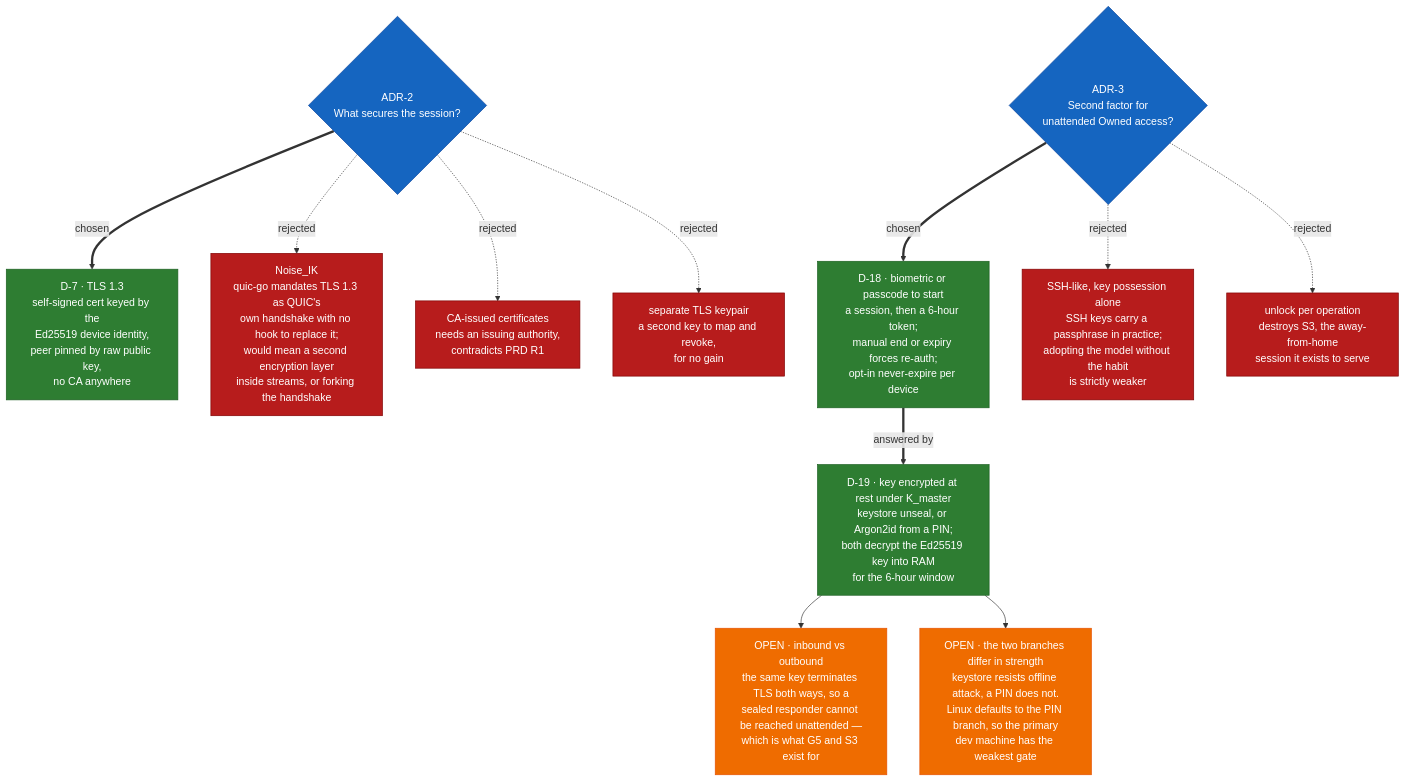
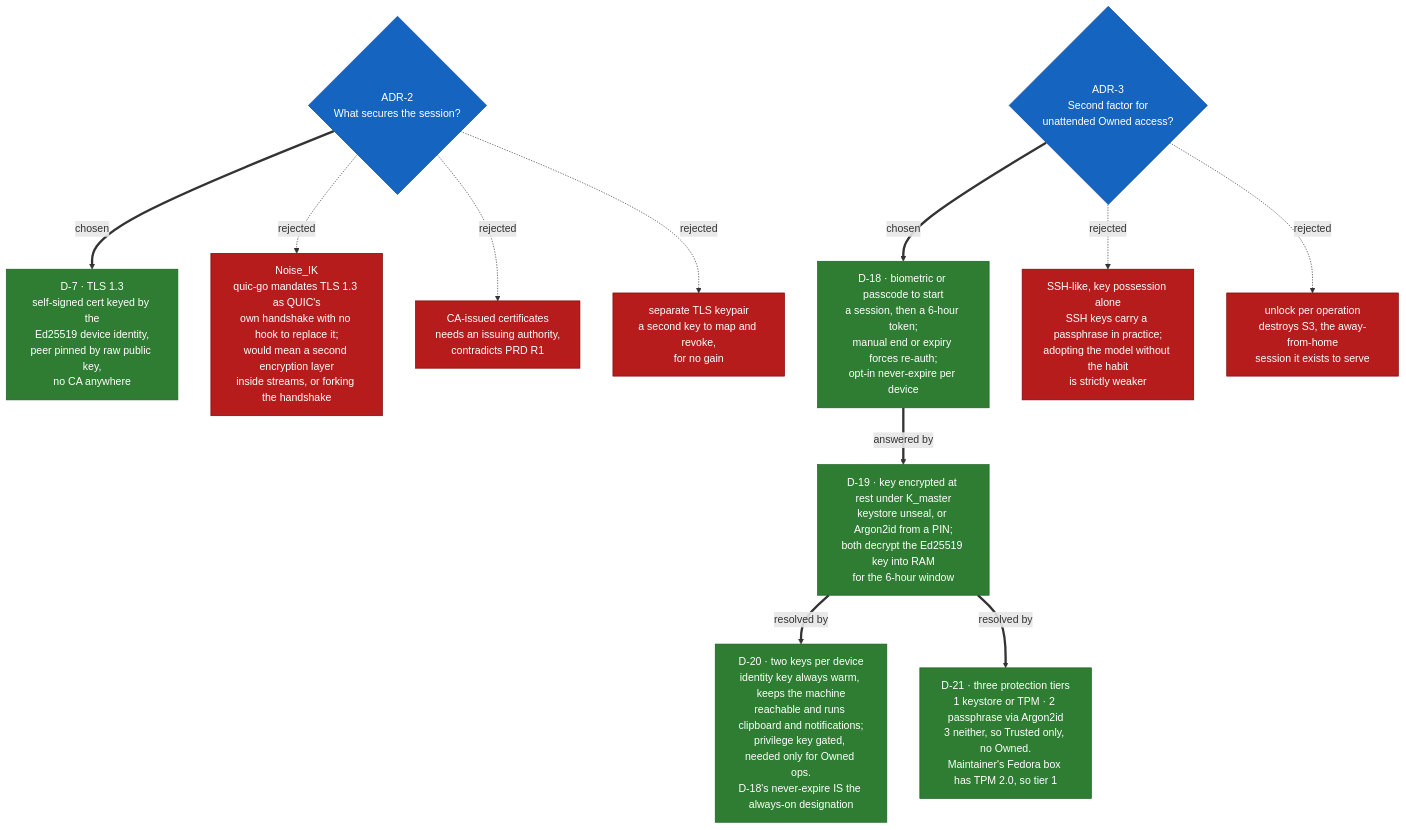
The second of 4 diagrams in docs/decision-tree.md (shreyashsri79/OpenAir), drawn with Mermaid before and after one commit. The commit also changed other lines of this file and 1 other file, not shown here.

````diff
--- a/docs/decision-tree.md
+++ b/docs/decision-tree.md
@@ -66,21 +68,21 @@
 ```mermaid
 flowchart TD
     Q3{"ADR-2<br/>What secures the session?"}:::question
     Q3 ==chosen==> D7["D-7 · TLS 1.3<br/>self-signed cert keyed by the<br/>Ed25519 device identity,<br/>peer pinned by raw public key,<br/>no CA anywhere"]:::accepted
     Q3 -.rejected.-> R3A["Noise_IK<br/>quic-go mandates TLS 1.3 as QUIC's<br/>own handshake with no hook to replace it;<br/>would mean a second encryption layer<br/>inside streams, or forking the handshake"]:::rejected
     Q3 -.rejected.-> R3B["CA-issued certificates<br/>needs an issuing authority,<br/>contradicts PRD R1"]:::rejected
     Q3 -.rejected.-> R3C["separate TLS keypair<br/>a second key to map and revoke,<br/>for no gain"]:::rejected
 
     Q4{"ADR-3<br/>Second factor for<br/>unattended Owned access?"}:::question
     Q4 ==chosen==> D18["D-18 · biometric or passcode to start<br/>a session, then a 6-hour token;<br/>manual end or expiry forces re-auth;<br/>opt-in never-expire per device"]:::accepted
     D18 ==answered by==> D19["D-19 · key encrypted at rest under K_master<br/>keystore unseal, or Argon2id from a PIN;<br/>both decrypt the Ed25519 key into RAM<br/>for the 6-hour window"]:::accepted
-    D19 --> IO["OPEN · inbound vs outbound<br/>the same key terminates TLS both ways, so a<br/>sealed responder cannot be reached unattended —<br/>which is what G5 and S3 exist for"]:::open
-    D19 --> LNX["OPEN · the two branches differ in strength<br/>keystore resists offline attack, a PIN does not.<br/>Linux defaults to the PIN branch, so the primary<br/>dev machine has the weakest gate"]:::open
+    D19 ==resolved by==> D20["D-20 · two keys per device<br/>identity key always warm, keeps the machine<br/>reachable and runs clipboard and notifications;<br/>privilege key gated, needed only for Owned ops.<br/>D-18's never-expire IS the always-on designation"]:::accepted
+    D19 ==resolved by==> D21["D-21 · three protection tiers<br/>1 keystore or TPM · 2 passphrase via Argon2id<br/>3 neither, so Trusted only, no Owned.<br/>Maintainer's Fedora box has TPM 2.0, so tier 1"]:::accepted
     Q4 -.rejected.-> R4A["SSH-like, key possession alone<br/>SSH keys carry a passphrase in practice;<br/>adopting the model without the habit<br/>is strictly weaker"]:::rejected
     Q4 -.rejected.-> R4B["unlock per operation<br/>destroys S3, the away-from-home<br/>session it exists to serve"]:::rejected
 
     classDef question fill:#1565c0,color:#fff,stroke:#0d47a1
     classDef accepted fill:#2e7d32,color:#fff,stroke:#1b5e20
     classDef rejected fill:#b71c1c,color:#fff,stroke:#7f0000
     classDef open fill:#ef6c00,color:#fff,stroke:#e65100
 ```
````
